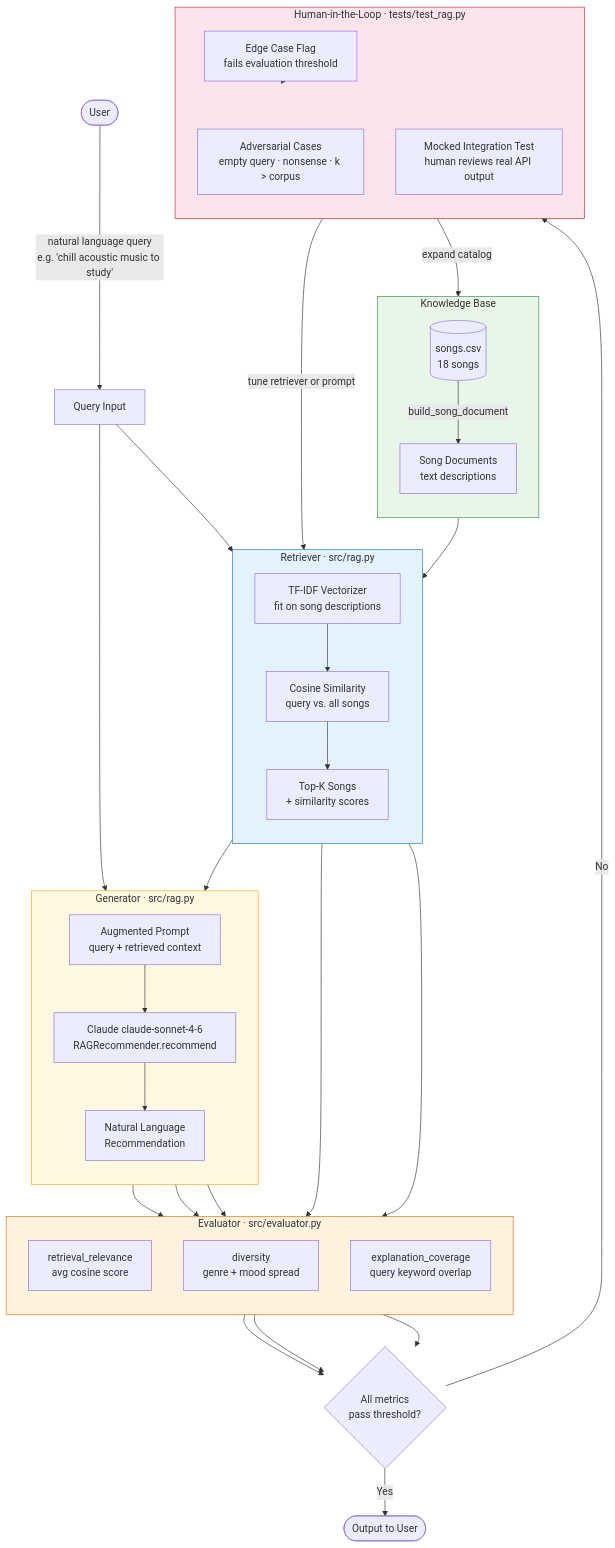
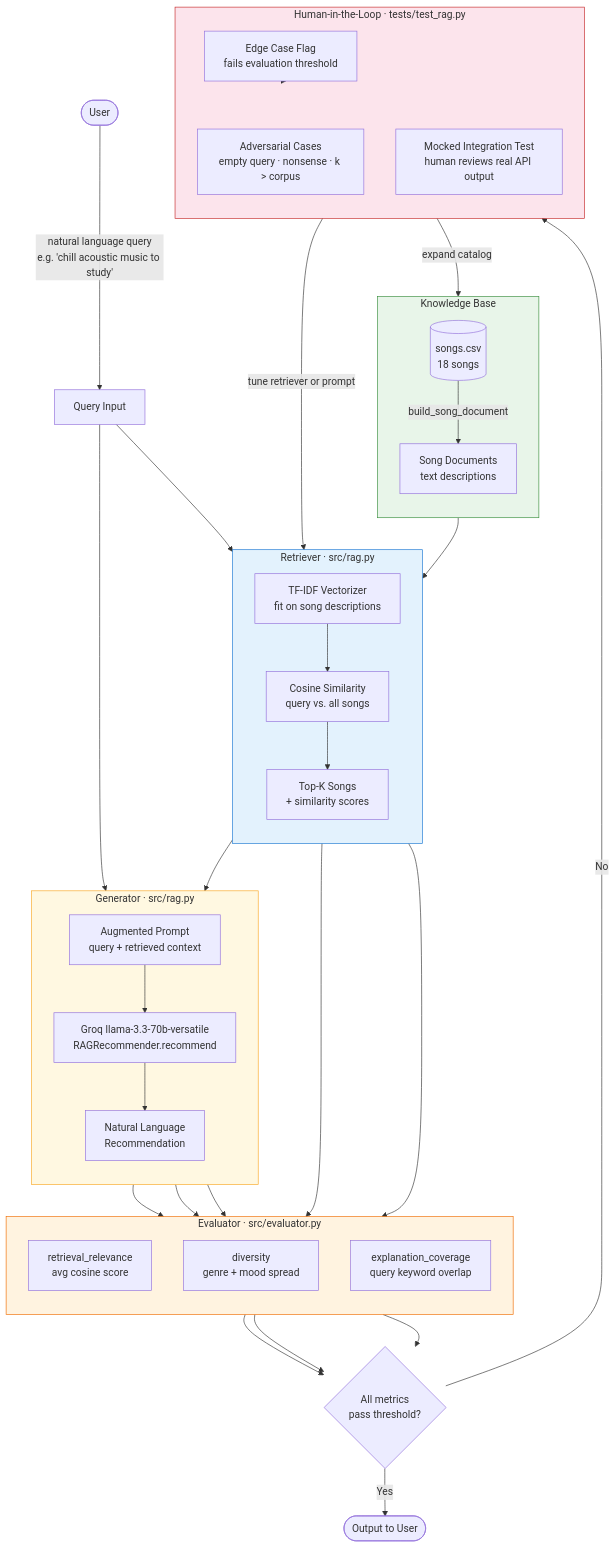
Before and after one commit to egokul71435/applied-ai-system-project: the diagram in system_diagram.md, drawn with Mermaid. The commit also changed other lines of this file and 13 other files, not shown here.

````diff
--- a/system_diagram.md
+++ b/system_diagram.md
@@ -15,64 +15,64 @@
 ```mermaid
 flowchart TD
     U([User]) -->|natural language query\ne.g. 'chill acoustic music to study'| Q[Query Input]
 
     subgraph KB [Knowledge Base]
         direction TB
         CSV[(songs.csv\n18 songs)]
         DOCS[Song Documents\ntext descriptions]
         CSV -->|build_song_document| DOCS
     end
 
     subgraph RETRIEVER [Retriever · src/rag.py]
         direction TB
         TFIDF[TF-IDF Vectorizer\nfit on song descriptions]
         COS[Cosine Similarity\nquery vs. all songs]
         TOPK[Top-K Songs\n+ similarity scores]
         TFIDF --> COS --> TOPK
     end
 
     subgraph GENERATOR [Generator · src/rag.py]
         direction TB
         PROMPT[Augmented Prompt\nquery + retrieved context]
-        LLM[Claude claude-sonnet-4-6\nRAGRecommender.recommend]
+        LLM[Groq llama-3.3-70b-versatile\nRAGRecommender.recommend]
         RESP[Natural Language\nRecommendation]
         PROMPT --> LLM --> RESP
     end
 
     subgraph EVALUATOR [Evaluator · src/evaluator.py]
         direction TB
         M1[retrieval_relevance\navg cosine score]
         M2[diversity\ngenre + mood spread]
         M3[explanation_coverage\nquery keyword overlap]
     end
 
     subgraph HUMAN [Human-in-the-Loop · tests/test_rag.py]
         direction TB
         ADV[Adversarial Cases\nempty query · nonsense · k > corpus]
         MOCK[Mocked Integration Test\nhuman reviews real API output]
         FLAG[Edge Case Flag\nfails evaluation threshold]
     end
 
     Q --> TFIDF
     DOCS --> TFIDF
     TOPK --> PROMPT
     Q --> PROMPT
     RESP --> M1
     RESP --> M2
     RESP --> M3
     TOPK --> M1
     TOPK --> M2
 
     M1 & M2 & M3 --> THRESH{All metrics\npass threshold?}
     THRESH -->|Yes| OUT([Output to User])
     THRESH -->|No| FLAG
     FLAG --> HUMAN
     HUMAN -->|tune retriever or prompt| RETRIEVER
     HUMAN -->|expand catalog| KB
 
     style KB fill:#e8f5e9,stroke:#388e3c
     style RETRIEVER fill:#e3f2fd,stroke:#1976d2
     style GENERATOR fill:#fff8e1,stroke:#f9a825
     style EVALUATOR fill:#fff3e0,stroke:#ef6c00
     style HUMAN fill:#fce4ec,stroke:#c62828
 ```
````
